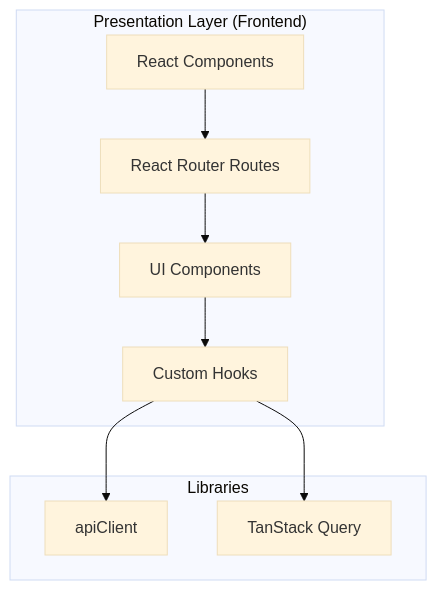
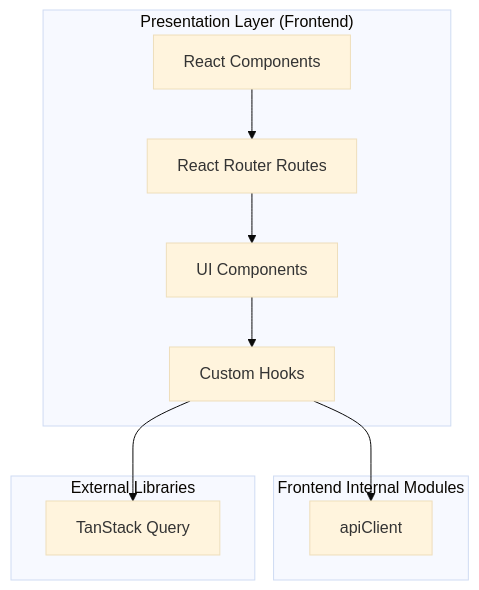
The second of 8 diagrams in docs/architecture/system-configuration-diagram.md (yukiharada1228/videoq), drawn with Mermaid (base theme) before and after one commit. The commit also changed 1 other file, not shown here.

Commit message:
docs: clarify frontend module boundaries

````diff
--- a/docs/architecture/system-configuration-diagram.md
+++ b/docs/architecture/system-configuration-diagram.md
@@ -114,20 +114,23 @@
 ```mermaid
 graph TB
     subgraph Presentation["Presentation Layer (Frontend)"]
         P1[React Components]
         P2[React Router Routes]
         P3[UI Components]
         P4[Custom Hooks]
     end
 
-    subgraph Lib["Libraries"]
-        L1[apiClient]
-        L2[TanStack Query]
+    subgraph FrontendModules["Frontend Internal Modules"]
+        F1[apiClient]
+    end
+
+    subgraph Lib["External Libraries"]
+        L1[TanStack Query]
     end
 
     P1 --> P2
     P2 --> P3
     P3 --> P4
+    P4 --> F1
     P4 --> L1
-    P4 --> L2
 ```
````
